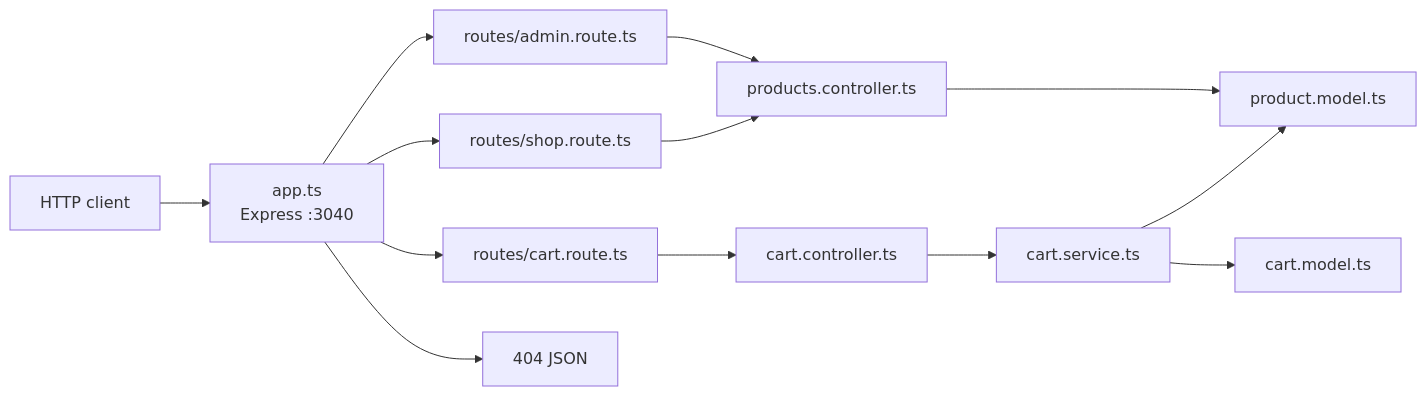
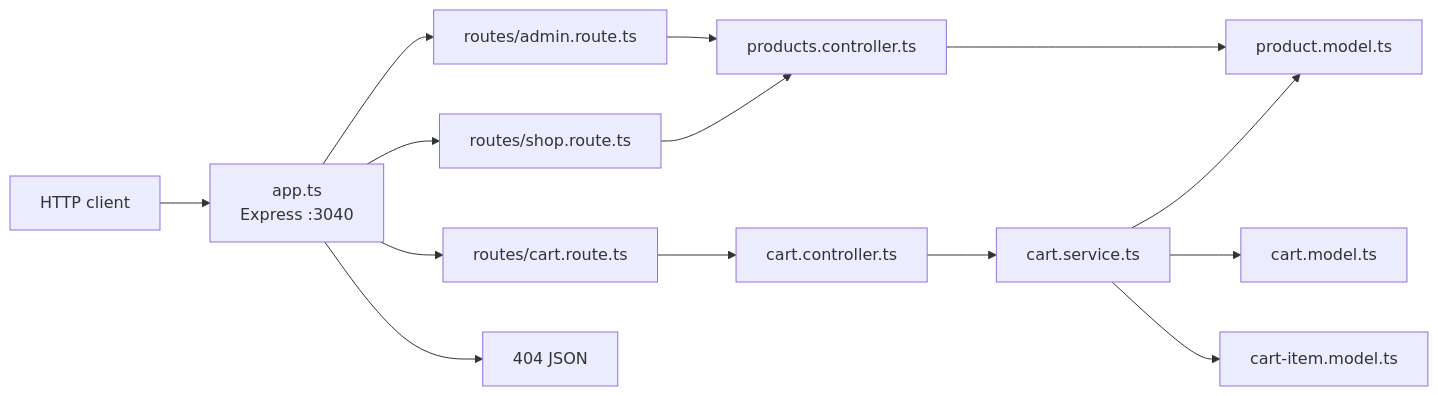
The diagram in README.md (engmagdy87/backend-concepts), drawn with Mermaid before and after one commit. The commit also changed other lines of this file and 12 other files, not shown here.

````diff
--- a/README.md
+++ b/README.md
@@ -117,15 +116,16 @@
 ```mermaid
 flowchart LR
   Client["HTTP client"] --> App["app.ts\nExpress :3040"]
   App --> Admin["routes/admin.route.ts"]
   App --> Shop["routes/shop.route.ts"]
   App --> CartRt["routes/cart.route.ts"]
   App --> NotFound["404 JSON"]
   Admin --> ProdCtrl["products.controller.ts"]
   Shop --> ProdCtrl
   CartRt --> CartCtrl["cart.controller.ts"]
   ProdCtrl --> ProdModel["product.model.ts"]
   CartCtrl --> CartSvc["cart.service.ts"]
   CartSvc --> ProdModel
   CartSvc --> CartModel["cart.model.ts"]
+  CartSvc --> CartItemModel["cart-item.model.ts"]
 ```
````
